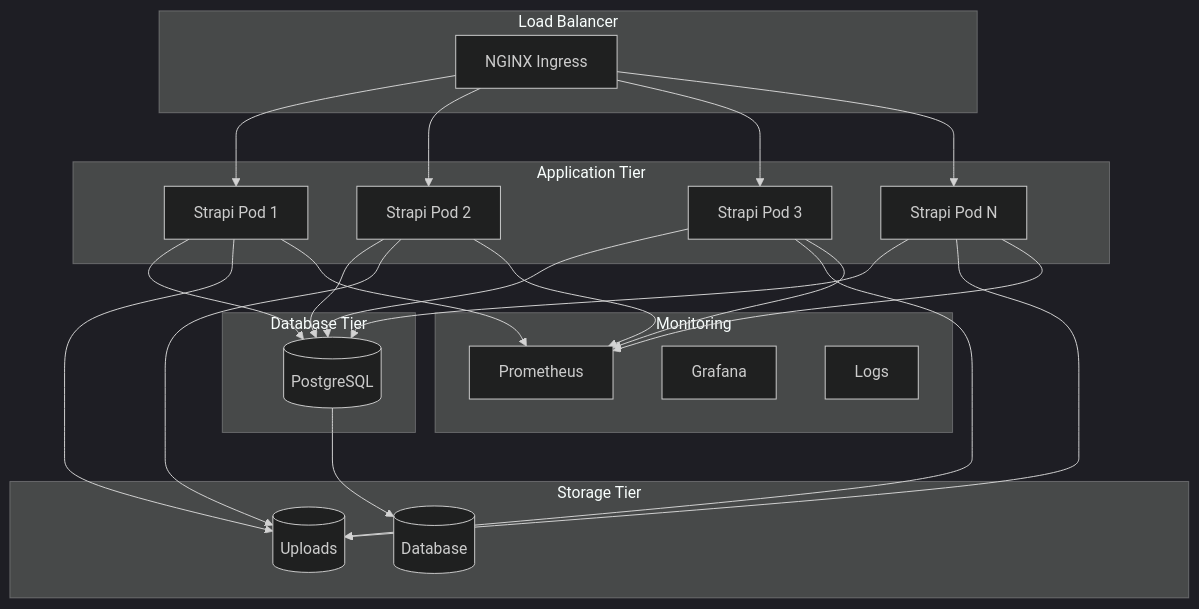
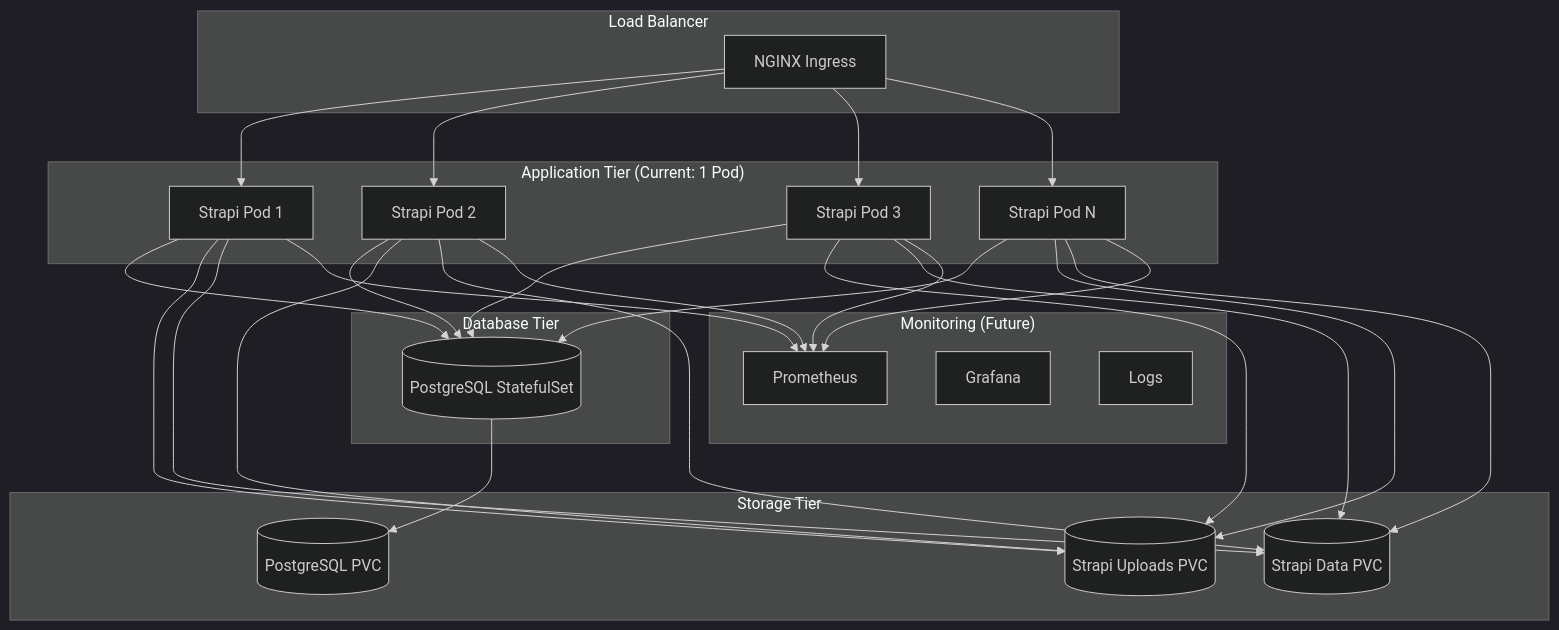
One commit to onesilq/silq-strapi changed the sixth of 10 diagrams in ARCHITECTURE_DIAGRAMS.md. Above: the diagram before and after it, drawn with Mermaid (dark theme). The commit also changed other lines of this file and 3 other files, not shown here.

````diff
--- a/ARCHITECTURE_DIAGRAMS.md
+++ b/ARCHITECTURE_DIAGRAMS.md
@@ -165,40 +160,45 @@
 ```mermaid
 graph TB
     subgraph "Load Balancer"
         LB[NGINX Ingress]
     end
     
-    subgraph "Application Tier"
+    subgraph "Application Tier (Current: 1 Pod)"
         LB --> S1[Strapi Pod 1]
         LB --> S2[Strapi Pod 2]
         LB --> S3[Strapi Pod 3]
         LB --> SN[Strapi Pod N]
     end
     
     subgraph "Database Tier"
-        S1 --> DB[(PostgreSQL)]
+        S1 --> DB[(PostgreSQL StatefulSet)]
         S2 --> DB
         S3 --> DB
         SN --> DB
     end
     
     subgraph "Storage Tier"
-        S1 --> PV1[(Uploads)]
+        S1 --> PV1[(Strapi Uploads PVC)]
         S2 --> PV1
         S3 --> PV1
         SN --> PV1
         
-        DB --> PV2[(Database)]
+        S1 --> PV2[(Strapi Data PVC)]
+        S2 --> PV2
+        S3 --> PV2
+        SN --> PV2
+        
+        DB --> PV3[(PostgreSQL PVC)]
     end
     
-    subgraph "Monitoring"
+    subgraph "Monitoring (Future)"
         M1[Prometheus]
         M2[Grafana]
         M3[Logs]
     end
     
     S1 --> M1
     S2 --> M1
     S3 --> M1
     SN --> M1
 ```
````
